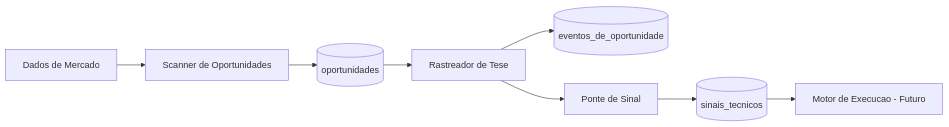
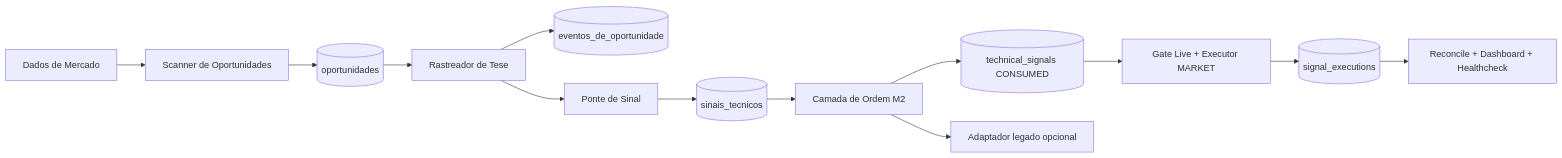
Before and after one commit to jadergreiner/crypto-futures-agent: the diagram in docs/ARQUITETURA_ALVO.md, drawn with Mermaid. The commit also changed other lines of this file and 51 other files, not shown here.

````diff
--- a/docs/ARQUITETURA_ALVO.md
+++ b/docs/ARQUITETURA_ALVO.md
@@ -87,10 +141,15 @@
 ```mermaid
 flowchart LR
     A[Dados de Mercado] --> B[Scanner de Oportunidades]
     B --> C[(oportunidades)]
     C --> D[Rastreador de Tese]
     D --> E[(eventos_de_oportunidade)]
     D --> F[Ponte de Sinal]
     F --> G[(sinais_tecnicos)]
-    G --> H[Motor de Execucao - Futuro]
+    G --> H[Camada de Ordem M2]
+    H --> I[(technical_signals CONSUMED)]
+    I --> J[Gate Live + Executor MARKET]
+    J --> K[(signal_executions)]
+    K --> L[Reconcile + Dashboard + Healthcheck]
+    H --> M[Adaptador legado opcional]
 ```
````
